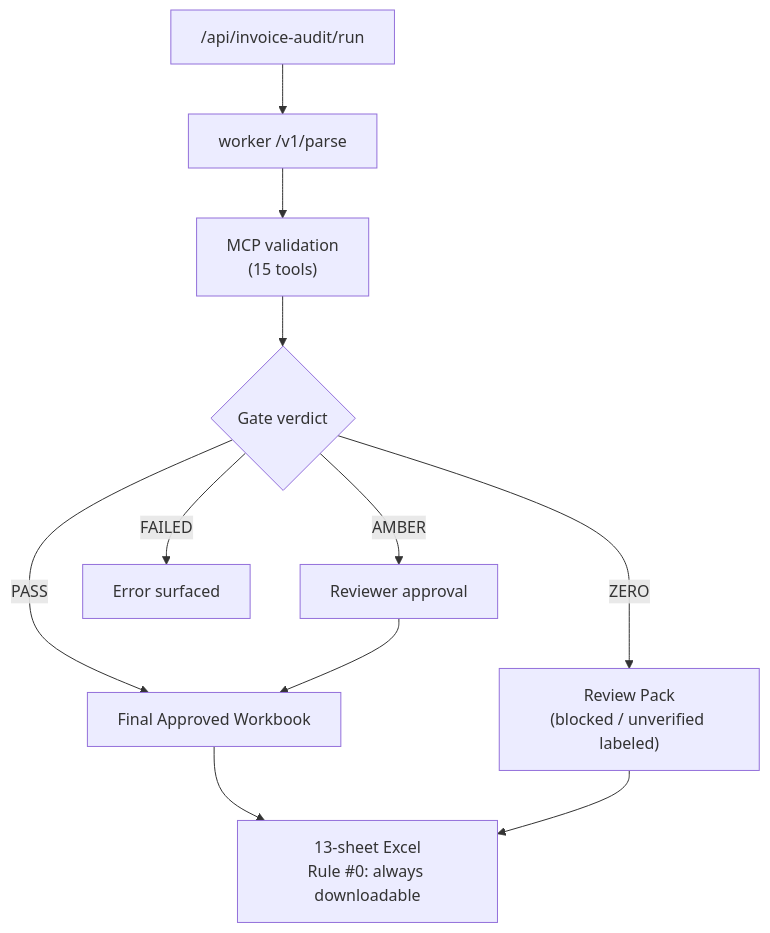
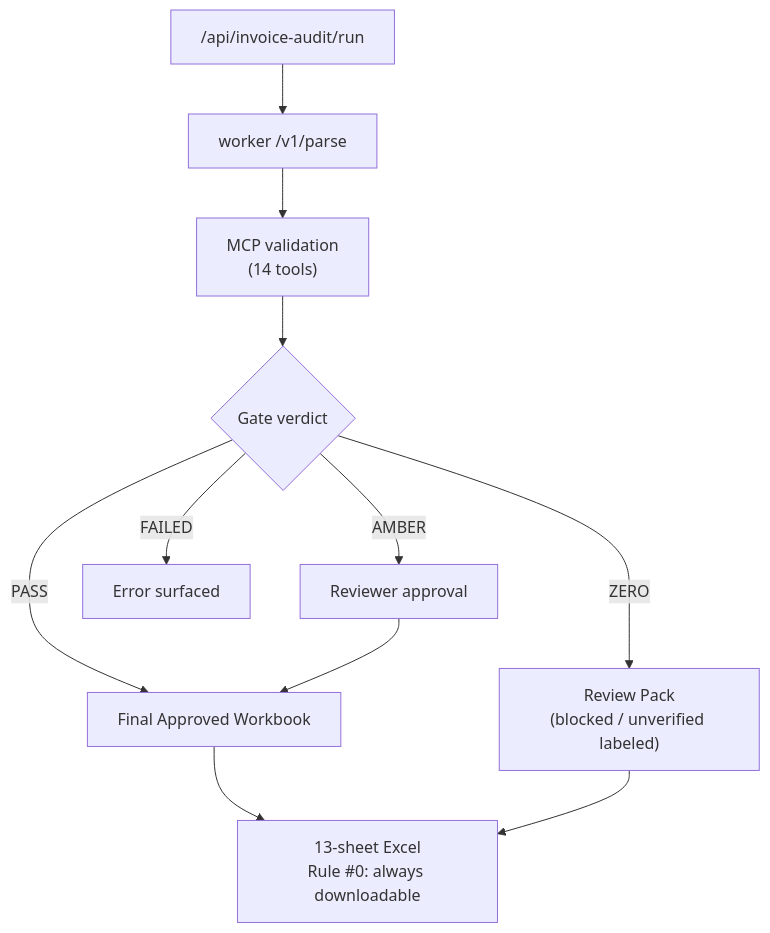
The second of 4 diagrams in README.md (macho715/invoice_sct), drawn with Mermaid before and after one commit. The commit also changed other lines of this file and 5 other files, not shown here.

````diff
--- a/README.md
+++ b/README.md
@@ -82,13 +82,13 @@
 ```mermaid
 flowchart TD
   RUN["/api/invoice-audit/run"] --> PARSE["worker /v1/parse"]
-  PARSE --> VAL["MCP validation<br/>(15 tools)"]
+  PARSE --> VAL["MCP validation<br/>(14 tools)"]
   VAL --> GATE{"Gate verdict"}
   GATE -->|PASS| FA["Final Approved Workbook"]
   GATE -->|AMBER| REV["Reviewer approval"]
   REV --> FA
   GATE -->|ZERO| RP["Review Pack<br/>(blocked / unverified labeled)"]
   GATE -->|FAILED| ERR["Error surfaced"]
   FA --> XLSX["13-sheet Excel<br/>Rule #0: always downloadable"]
   RP --> XLSX
 ```
````
